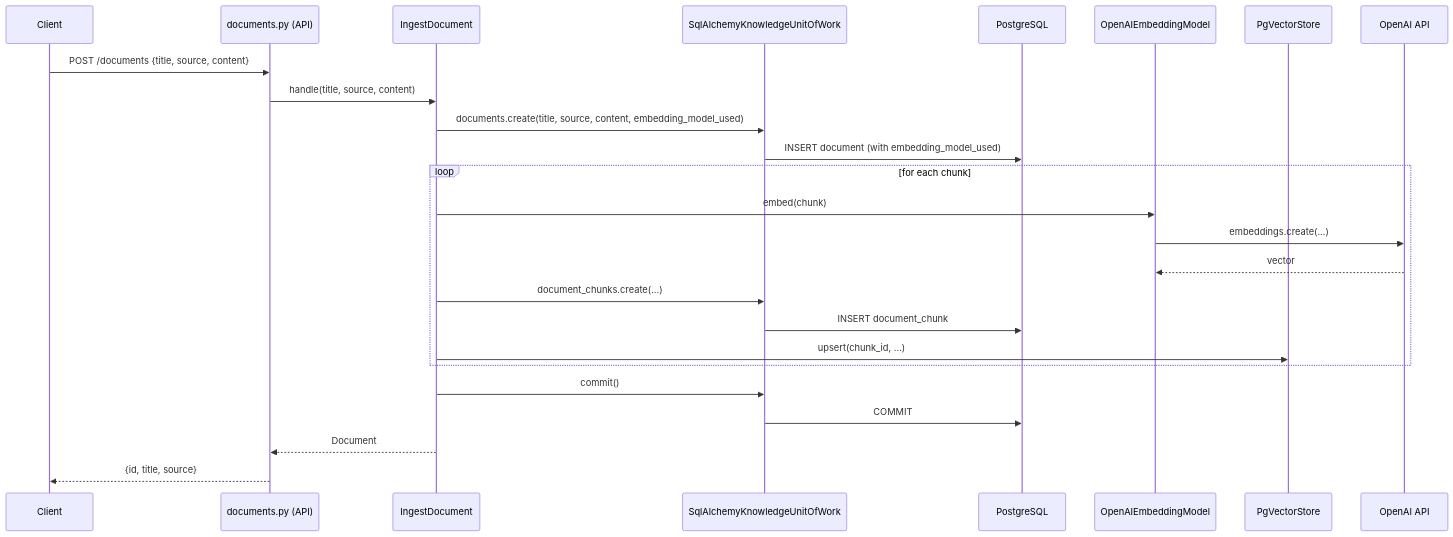
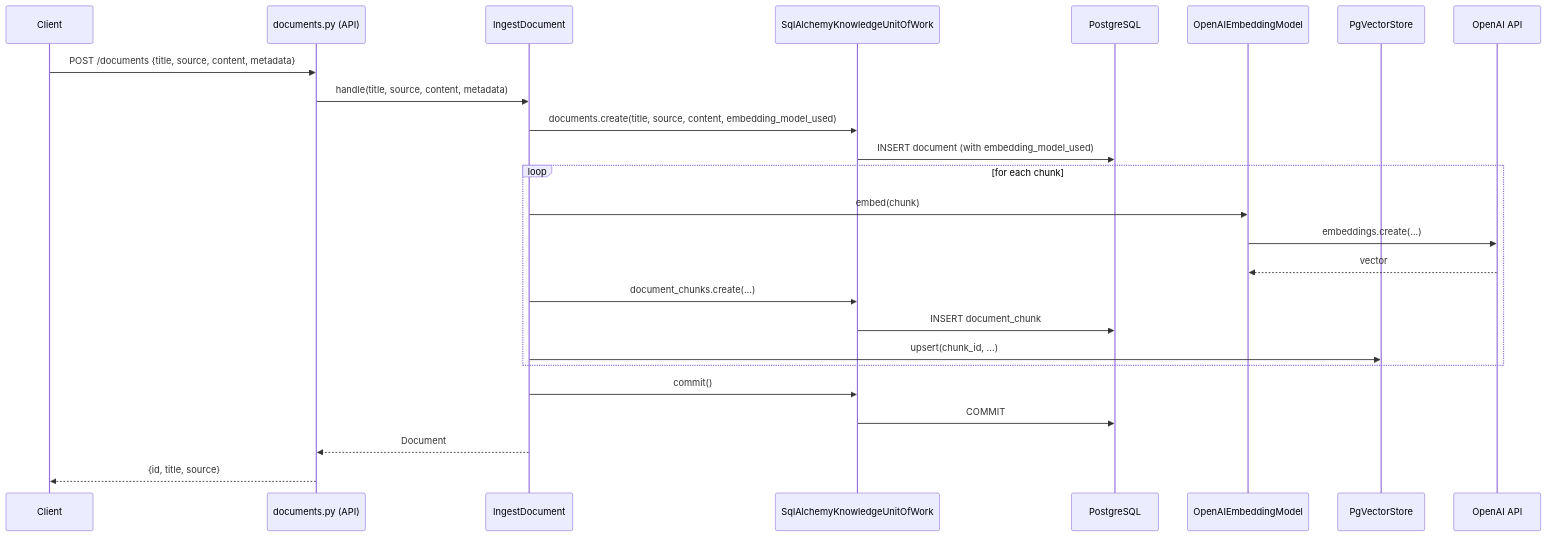
The second of 2 diagrams in docs/development.md (camercadop/knowledge-support-ai-agent), drawn with Mermaid before and after one commit. The commit also changed other lines of this file and 14 other files, not shown here.

````diff
--- a/docs/development.md
+++ b/docs/development.md
@@ -220,28 +220,28 @@
 ```mermaid
 sequenceDiagram
     participant Client
     participant Router as documents.py (API)
     participant UC as IngestDocument
     participant UoW as SqlAlchemyKnowledgeUnitOfWork
     participant DB as PostgreSQL
     participant Embed as OpenAIEmbeddingModel
     participant VS as PgVectorStore
     participant OpenAI as OpenAI API
 
-    Client->>Router: POST /documents {title, source, content}
-    Router->>UC: handle(title, source, content)
+    Client->>Router: POST /documents {title, source, content, metadata}
+    Router->>UC: handle(title, source, content, metadata)
     UC->>UoW: documents.create(title, source, content, embedding_model_used)
     UoW->>DB: INSERT document (with embedding_model_used)
     loop for each chunk
         UC->>Embed: embed(chunk)
         Embed->>OpenAI: embeddings.create(...)
         OpenAI-->>Embed: vector
         UC->>UoW: document_chunks.create(...)
         UoW->>DB: INSERT document_chunk
         UC->>VS: upsert(chunk_id, ...)
     end
     UC->>UoW: commit()
     UoW->>DB: COMMIT
     UC-->>Router: Document
     Router-->>Client: {id, title, source}
 ```
````
